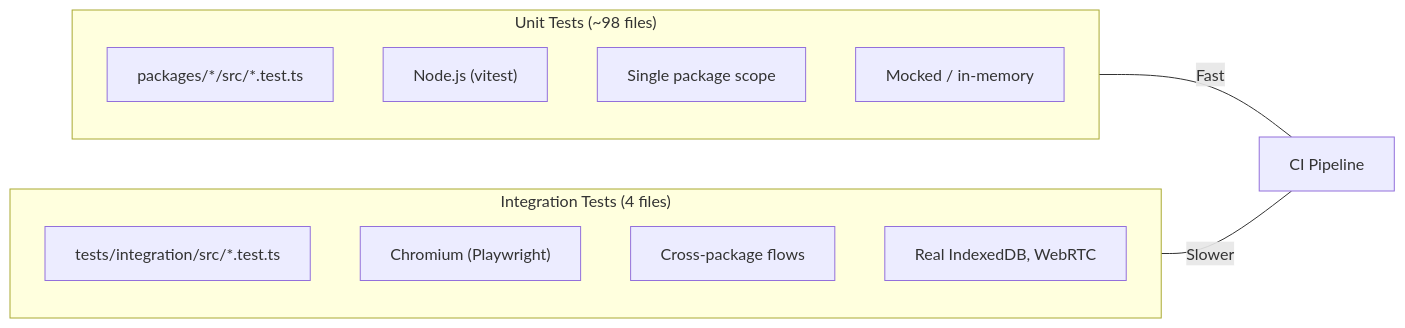
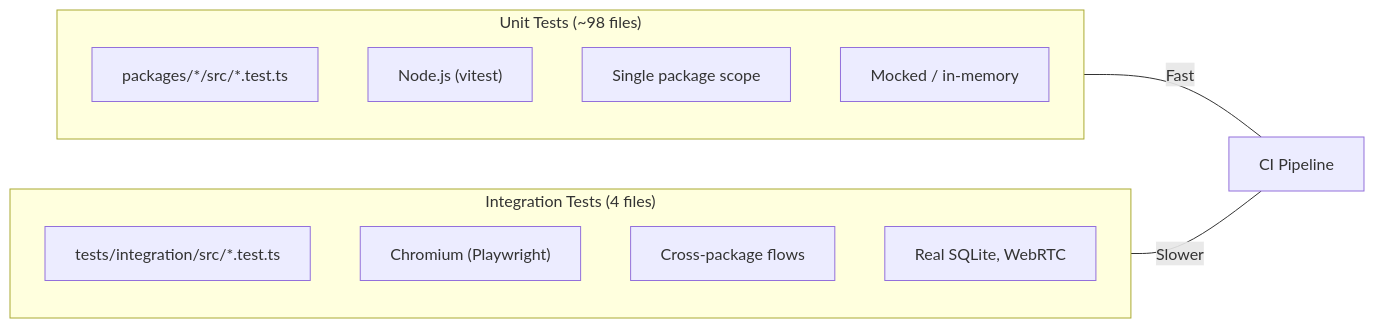
One commit to crs48/xNet changed the diagram in tests/README.md. Above: the diagram before and after it, drawn with Mermaid. The commit also changed other lines of this file and 22 other files, not shown here.

````diff
--- a/tests/README.md
+++ b/tests/README.md
@@ -52,21 +52,21 @@
 ```mermaid
 flowchart LR
     subgraph Unit["Unit Tests (~98 files)"]
         direction TB
         U1["packages/*/src/*.test.ts"]
         U2["Node.js (vitest)"]
         U3["Single package scope"]
         U4["Mocked / in-memory"]
     end
 
     subgraph Integration["Integration Tests (4 files)"]
         direction TB
         I1["tests/integration/src/*.test.ts"]
         I2["Chromium (Playwright)"]
         I3["Cross-package flows"]
-        I4["Real IndexedDB, WebRTC"]
+        I4["Real SQLite, WebRTC"]
     end
 
     Unit ---|"Fast"| CI["CI Pipeline"]
     Integration ---|"Slower"| CI
 ```
````
